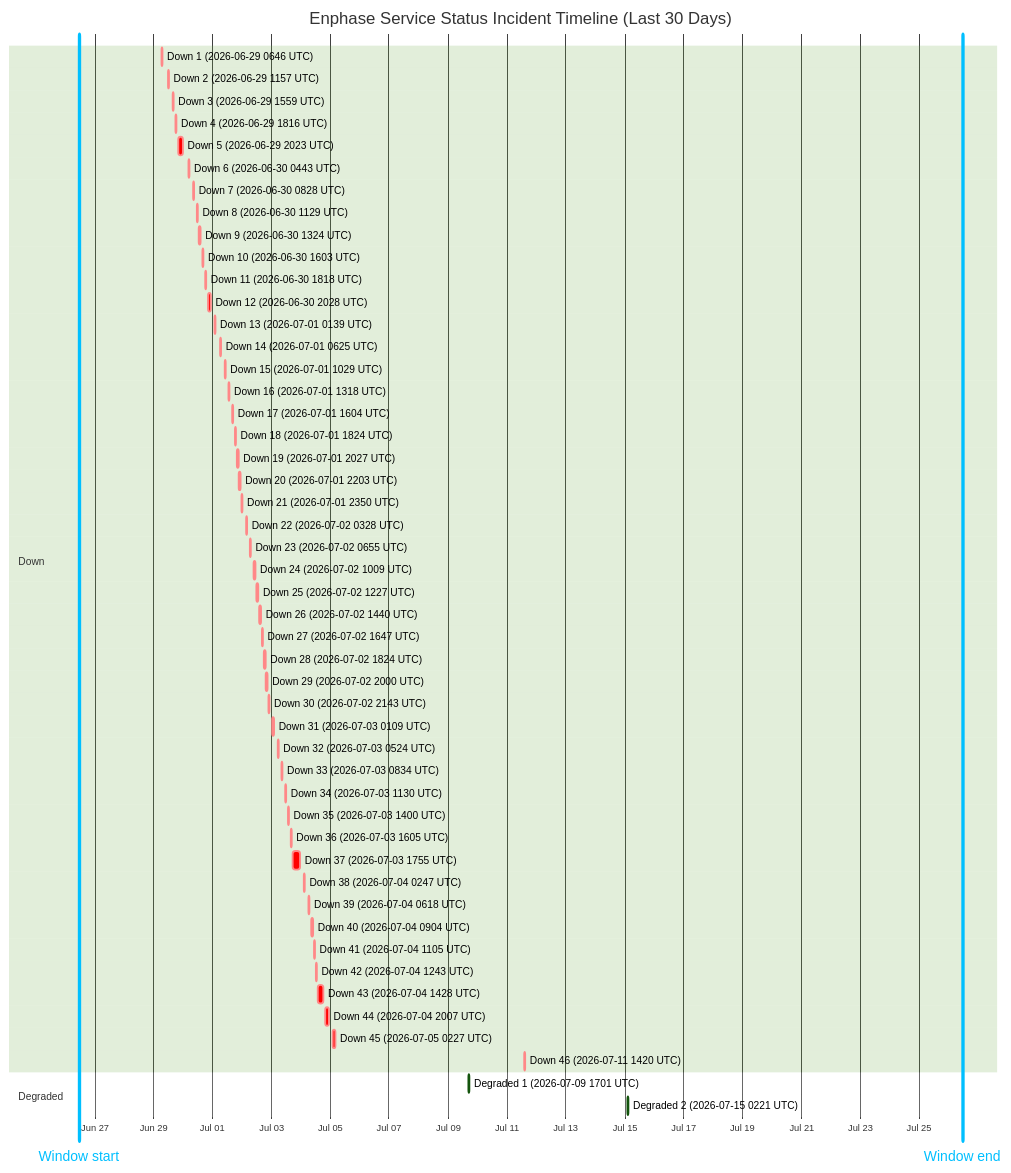
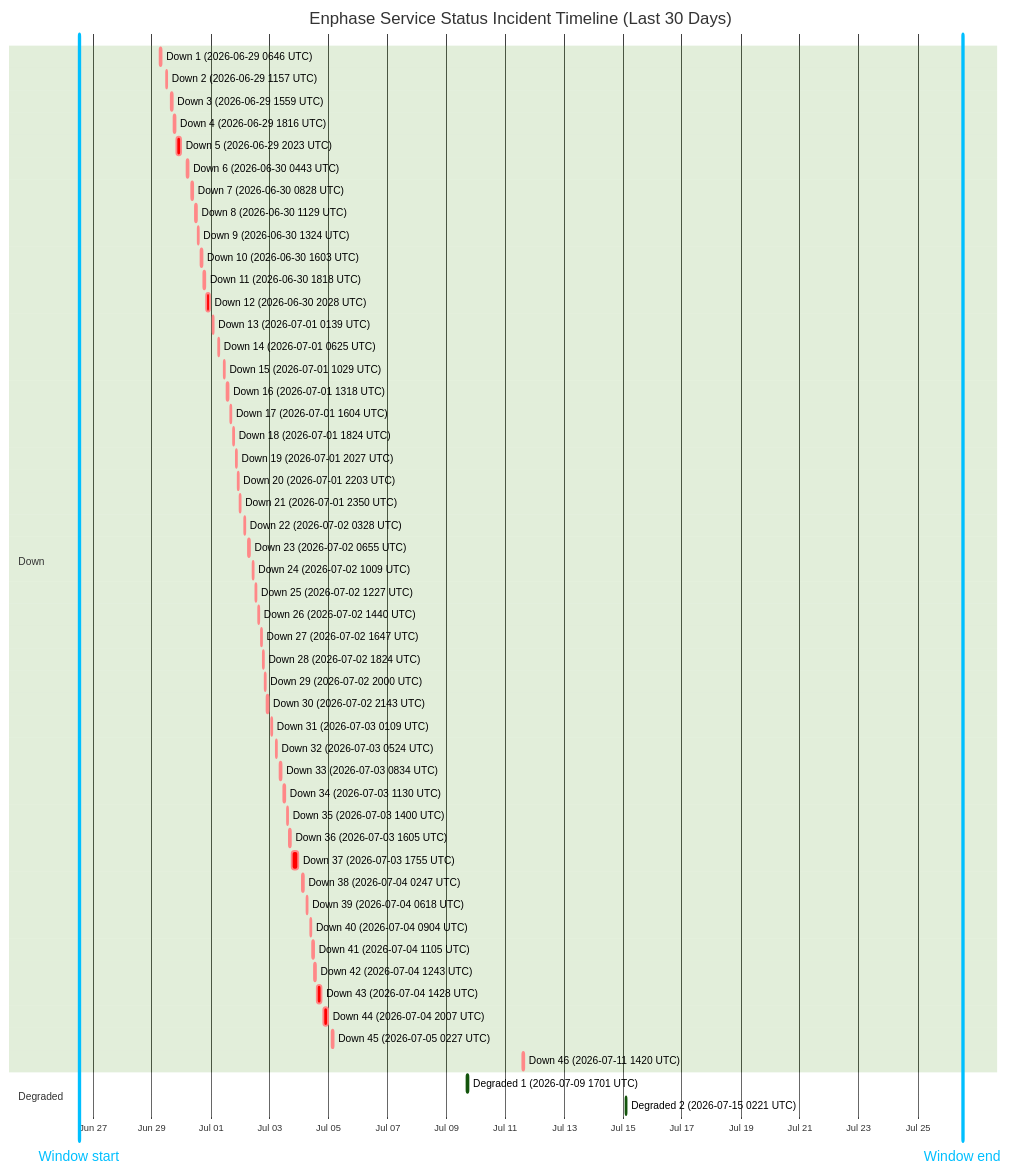
One commit to barneyonline/ha-enphase-energy changed the diagram in wiki/Service-Status-History.md. Above: the diagram before and after it, drawn with Mermaid (forest theme). The commit also changed other lines of this file and 3 other files, not shown here.

````diff
--- a/wiki/Service-Status-History.md
+++ b/wiki/Service-Status-History.md
@@ -14,58 +14,58 @@
 ```mermaid
 gantt
     title Enphase Service Status Incident Timeline (Last 30 Days)
     dateFormat  YYYY-MM-DDTHH:mm:ss
     axisFormat  %b %d
-    Window start :vert, window-start, 2026-06-26T11:22:25, 0ms
-    Window end :vert, window-end, 2026-07-26T11:22:25, 0ms
+    Window start :vert, window-start, 2026-06-26T12:36:35, 0ms
+    Window end :vert, window-end, 2026-07-26T12:36:35, 0ms
     section Down
     Down 1 (2026-06-29 0646 UTC) :crit, down-1, 2026-06-29T06:46:18, 60m
     Down 2 (2026-06-29 1157 UTC) :crit, down-2, 2026-06-29T11:57:36, 60m
     Down 3 (2026-06-29 1559 UTC) :crit, down-3, 2026-06-29T15:59:02, 60m
     Down 4 (2026-06-29 1816 UTC) :crit, down-4, 2026-06-29T18:16:38, 60m
     Down 5 (2026-06-29 2023 UTC) :crit, down-5, 2026-06-29T20:23:16, 220m
     Down 6 (2026-06-30 0443 UTC) :crit, down-6, 2026-06-30T04:43:54, 60m
     Down 7 (2026-06-30 0828 UTC) :crit, down-7, 2026-06-30T08:28:43, 60m
     Down 8 (2026-06-30 1129 UTC) :crit, down-8, 2026-06-30T11:29:15, 60m
     Down 9 (2026-06-30 1324 UTC) :crit, down-9, 2026-06-30T13:24:25, 60m
     Down 10 (2026-06-30 1603 UTC) :crit, down-10, 2026-06-30T16:03:26, 60m
     Down 11 (2026-06-30 1818 UTC) :crit, down-11, 2026-06-30T18:18:39, 60m
     Down 12 (2026-06-30 2028 UTC) :crit, down-12, 2026-06-30T20:28:54, 171m
     Down 13 (2026-07-01 0139 UTC) :crit, down-13, 2026-07-01T01:39:18, 60m
     Down 14 (2026-07-01 0625 UTC) :crit, down-14, 2026-07-01T06:25:35, 60m
     Down 15 (2026-07-01 1029 UTC) :crit, down-15, 2026-07-01T10:29:24, 60m
     Down 16 (2026-07-01 1318 UTC) :crit, down-16, 2026-07-01T13:18:31, 60m
     Down 17 (2026-07-01 1604 UTC) :crit, down-17, 2026-07-01T16:04:29, 60m
     Down 18 (2026-07-01 1824 UTC) :crit, down-18, 2026-07-01T18:24:21, 60m
     Down 19 (2026-07-01 2027 UTC) :crit, down-19, 2026-07-01T20:27:17, 60m
     Down 20 (2026-07-01 2203 UTC) :crit, down-20, 2026-07-01T22:03:46, 60m
     Down 21 (2026-07-01 2350 UTC) :crit, down-21, 2026-07-01T23:50:52, 60m
     Down 22 (2026-07-02 0328 UTC) :crit, down-22, 2026-07-02T03:28:33, 60m
     Down 23 (2026-07-02 0655 UTC) :crit, down-23, 2026-07-02T06:55:07, 60m
     Down 24 (2026-07-02 1009 UTC) :crit, down-24, 2026-07-02T10:09:15, 60m
     Down 25 (2026-07-02 1227 UTC) :crit, down-25, 2026-07-02T12:27:49, 60m
     Down 26 (2026-07-02 1440 UTC) :crit, down-26, 2026-07-02T14:40:53, 60m
     Down 27 (2026-07-02 1647 UTC) :crit, down-27, 2026-07-02T16:47:47, 60m
     Down 28 (2026-07-02 1824 UTC) :crit, down-28, 2026-07-02T18:24:26, 60m
     Down 29 (2026-07-02 2000 UTC) :crit, down-29, 2026-07-02T20:00:57, 60m
     Down 30 (2026-07-02 2143 UTC) :crit, down-30, 2026-07-02T21:43:52, 80m
     Down 31 (2026-07-03 0109 UTC) :crit, down-31, 2026-07-03T01:09:19, 60m
     Down 32 (2026-07-03 0524 UTC) :crit, down-32, 2026-07-03T05:24:23, 60m
     Down 33 (2026-07-03 0834 UTC) :crit, down-33, 2026-07-03T08:34:05, 60m
     Down 34 (2026-07-03 1130 UTC) :crit, down-34, 2026-07-03T11:30:41, 60m
     Down 35 (2026-07-03 1400 UTC) :crit, down-35, 2026-07-03T14:00:48, 60m
     Down 36 (2026-07-03 1605 UTC) :crit, down-36, 2026-07-03T16:05:49, 60m
     Down 37 (2026-07-03 1755 UTC) :crit, down-37, 2026-07-03T17:55:54, 338m
     Down 38 (2026-07-04 0247 UTC) :crit, down-38, 2026-07-04T02:47:22, 60m
     Down 39 (2026-07-04 0618 UTC) :crit, down-39, 2026-07-04T06:18:09, 60m
     Down 40 (2026-07-04 0904 UTC) :crit, down-40, 2026-07-04T09:04:41, 60m
     Down 41 (2026-07-04 1105 UTC) :crit, down-41, 2026-07-04T11:05:21, 60m
     Down 42 (2026-07-04 1243 UTC) :crit, down-42, 2026-07-04T12:43:25, 60m
     Down 43 (2026-07-04 1428 UTC) :crit, down-43, 2026-07-04T14:28:07, 243m
     Down 44 (2026-07-04 2007 UTC) :crit, down-44, 2026-07-04T20:07:50, 206m
     Down 45 (2026-07-05 0227 UTC) :crit, down-45, 2026-07-05T02:27:32, 109m
     Down 46 (2026-07-11 1420 UTC) :crit, down-46, 2026-07-11T14:20:54, 69m
     section Degraded
     Degraded 1 (2026-07-09 1701 UTC) :active, degraded-1, 2026-07-09T17:01:02, 60m
     Degraded 2 (2026-07-15 0221 UTC) :active, degraded-2, 2026-07-15T02:21:35, 60m
 ```
````
